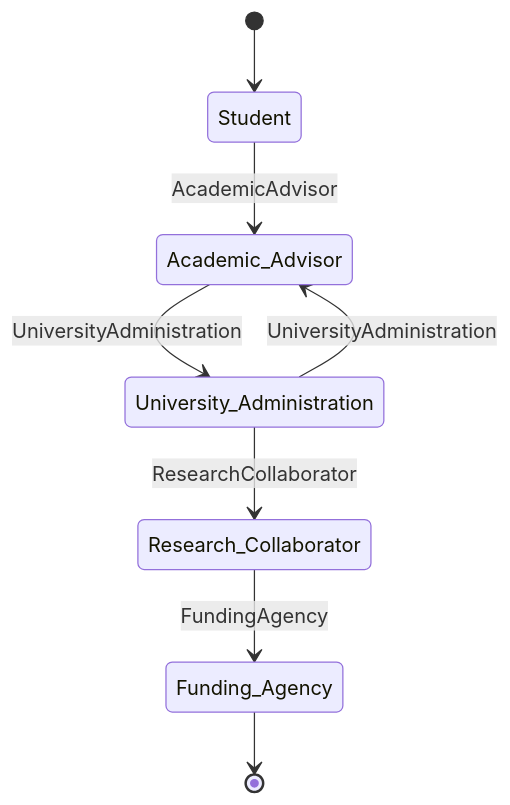
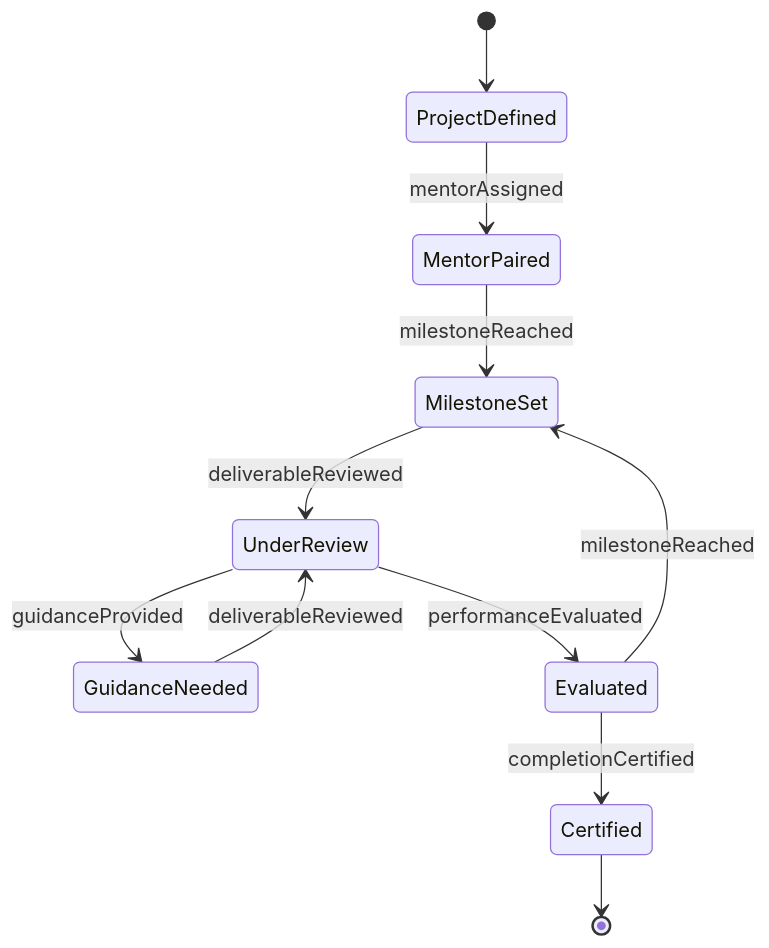
One commit to dot-org-ai/tasks.org.ai changed the second of 4 diagrams in GuidingDirectingAndMotivatingSubordinates/SupervisePersonnelActivities/SuperviseStudentResearchInternshipWork.mdx. Above: the diagram before and after it, drawn with Mermaid. The commit also changed other lines of this file and 515 other files, not shown here.

````diff
--- a/GuidingDirectingAndMotivatingSubordinates/SupervisePersonnelActivities/SuperviseStudentResearchInternshipWork.mdx
+++ b/GuidingDirectingAndMotivatingSubordinates/SupervisePersonnelActivities/SuperviseStudentResearchInternshipWork.mdx
@@ -99,10 +97,13 @@
 ```mermaid
 stateDiagram-v2
-    [*] --> Student
-    Student --> Academic_Advisor: AcademicAdvisor
-    Academic_Advisor --> University_Administration: UniversityAdministration
-    University_Administration --> Research_Collaborator: ResearchCollaborator
-    Research_Collaborator --> Funding_Agency: FundingAgency
-    University_Administration --> Academic_Advisor: UniversityAdministration
-    Funding_Agency --> [*]
+    [*] --> ProjectDefined
+    ProjectDefined --> MentorPaired : mentorAssigned
+    MentorPaired --> MilestoneSet : milestoneReached
+    MilestoneSet --> UnderReview : deliverableReviewed
+    UnderReview --> GuidanceNeeded : guidanceProvided
+    GuidanceNeeded --> UnderReview : deliverableReviewed
+    UnderReview --> Evaluated : performanceEvaluated
+    Evaluated --> MilestoneSet : milestoneReached
+    Evaluated --> Certified : completionCertified
+    Certified --> [*]
 ```
````
